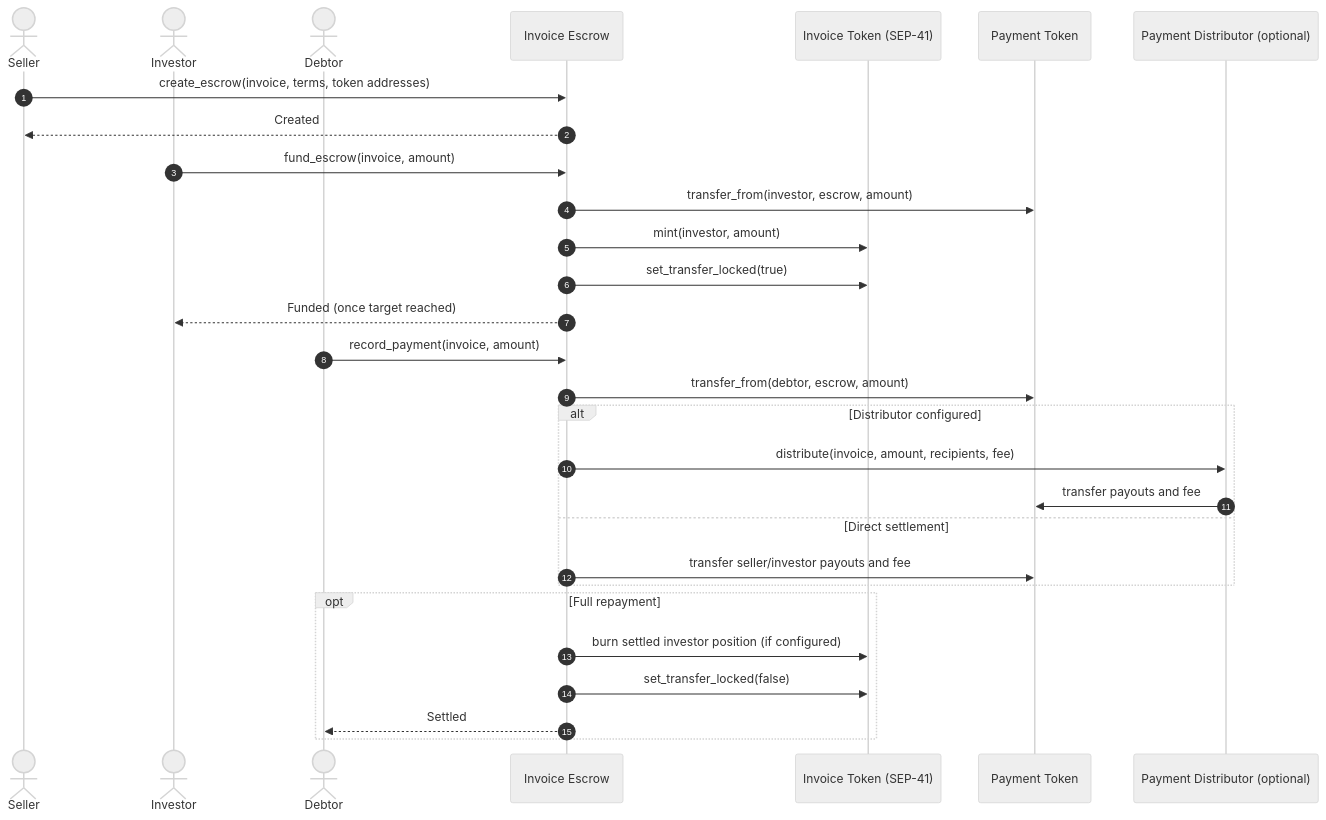
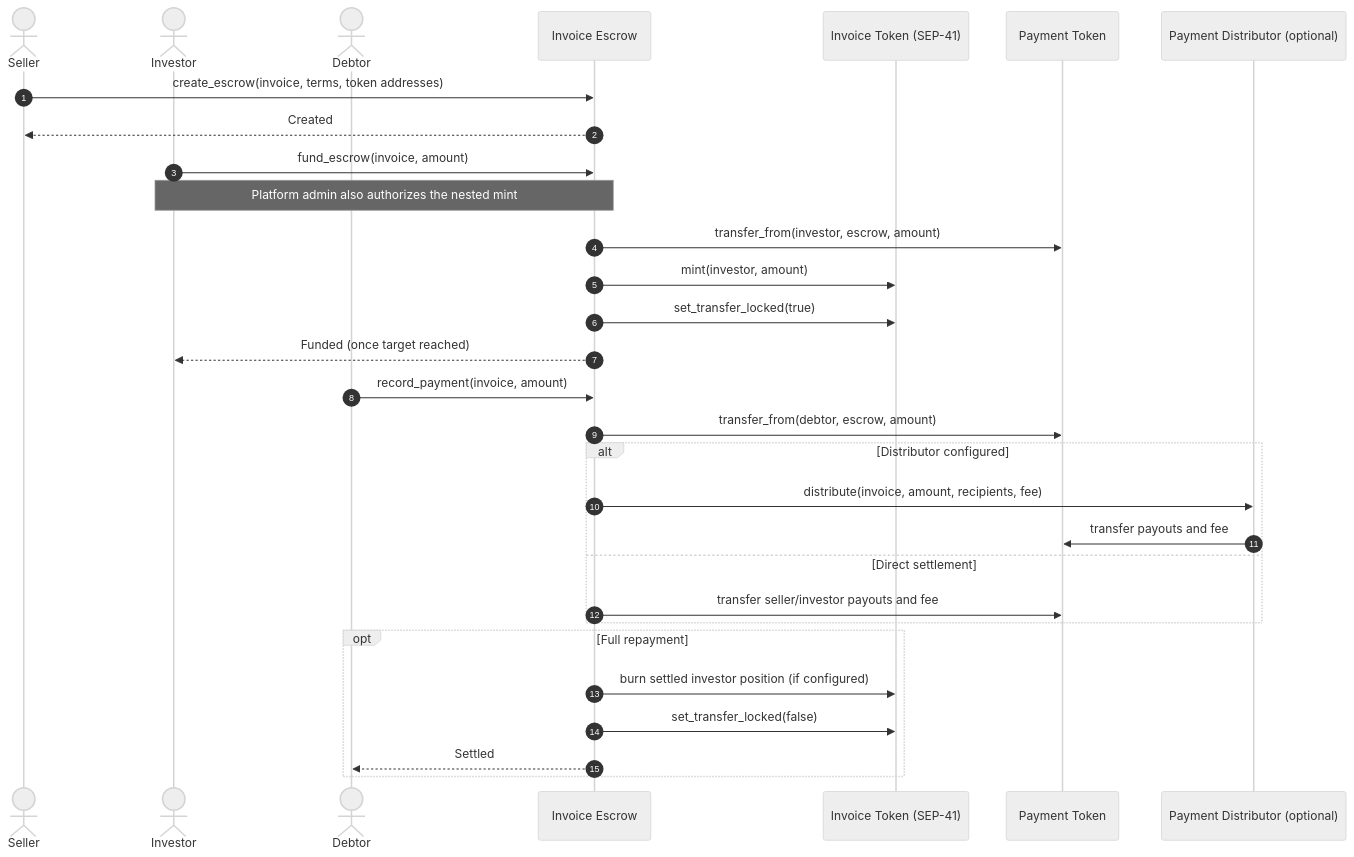
The first of 3 diagrams in docs/ARCHITECTURE.md (StellarState/SS-contracts), drawn with Mermaid (neutral theme) before and after one commit. The commit also changed other lines of this file and 10 other files, not shown here.

````diff
--- a/docs/ARCHITECTURE.md
+++ b/docs/ARCHITECTURE.md
@@ -91,32 +91,33 @@
 ```mermaid
 sequenceDiagram
     autonumber
     actor Seller
     actor Investor
     actor Debtor
     participant Escrow as Invoice Escrow
     participant Token as Invoice Token (SEP-41)
     participant Payment as Payment Token
     participant Distributor as Payment Distributor (optional)
 
     Seller->>Escrow: create_escrow(invoice, terms, token addresses)
     Escrow-->>Seller: Created
     Investor->>Escrow: fund_escrow(invoice, amount)
+    Note over Investor,Escrow: Platform admin also authorizes the nested mint
     Escrow->>Payment: transfer_from(investor, escrow, amount)
     Escrow->>Token: mint(investor, amount)
     Escrow->>Token: set_transfer_locked(true)
     Escrow-->>Investor: Funded (once target reached)
     Debtor->>Escrow: record_payment(invoice, amount)
     Escrow->>Payment: transfer_from(debtor, escrow, amount)
     alt Distributor configured
         Escrow->>Distributor: distribute(invoice, amount, recipients, fee)
         Distributor->>Payment: transfer payouts and fee
     else Direct settlement
         Escrow->>Payment: transfer seller/investor payouts and fee
     end
     opt Full repayment
         Escrow->>Token: burn settled investor position (if configured)
         Escrow->>Token: set_transfer_locked(false)
         Escrow-->>Debtor: Settled
     end
 ```
````
